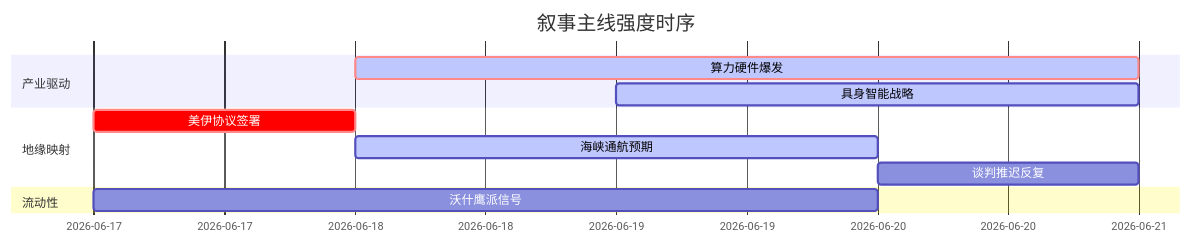
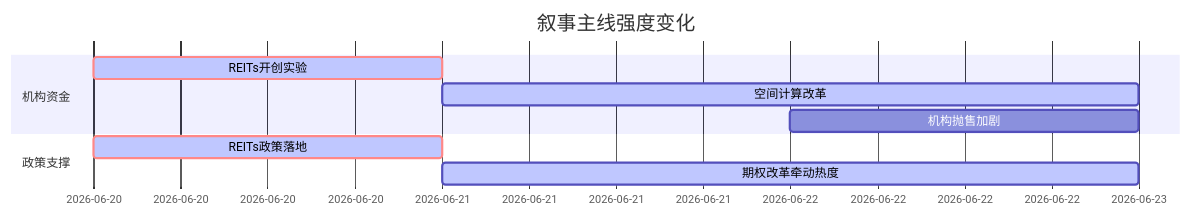
Before and after one commit to uu5zn/uu5zn.github.io: the diagram in 5day_report.md, drawn with Mermaid. The commit also changed other lines of this file and 20 other files, not shown here.

````diff
--- a/5day_report.md
+++ b/5day_report.md
@@ -54,16 +57,13 @@
 ```mermaid
 gantt
-    title 叙事主线强度时序
+    title 叙事主线强度变化
     dateFormat  YYYY-MM-DD
-    section 产业驱动
-    算力硬件爆发   :crit, active, 2026-06-18, 3d
-    具身智能战略   :active, 2026-06-19, 2d
+    section 机构资金  
+    REITs开创实验   :crit, active, 2026-06-20, 1d
+    空间计算改革  :active, 2026-06-21, 2d
+    机构抛售加剧   :2026-06-22, 1d
     
-    section 地缘映射
-    美伊协议签署   :crit, 2026-06-17, 1d
-    海峡通航预期   :active, 2026-06-18, 2d
-    谈判推迟反复   :2026-06-20, 1d
-    
-    section 流动性
-    沃什鹰派信号   :2026-06-17, 3d
+    section 政策支撑
+    REITs政策落地    :crit, active, 2026-06-20, 1d
+    期权改革牵动热度 :active, 2026-06-21, 2d
 ```
````
